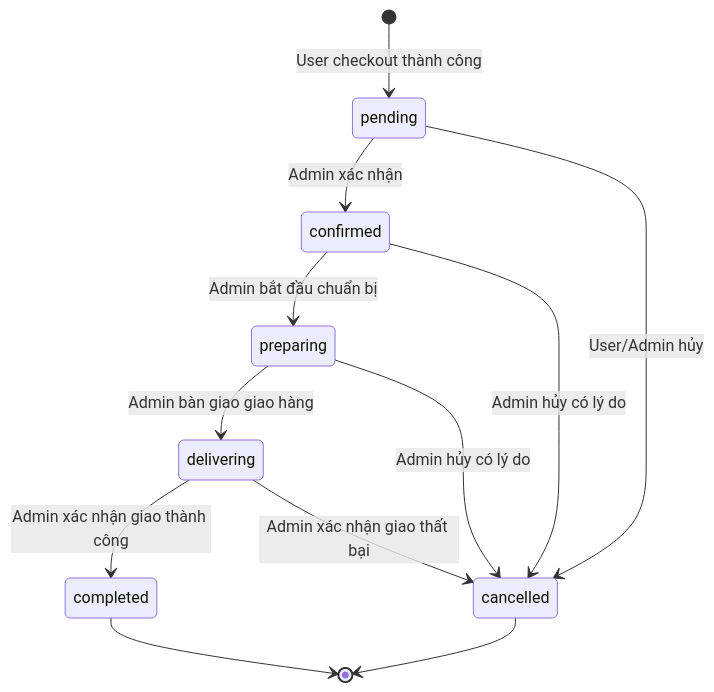
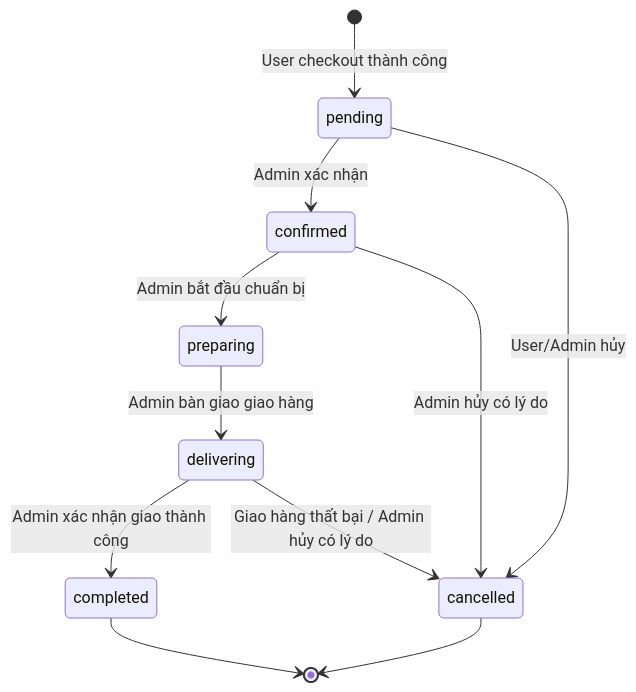
Before and after one commit to TranVanKhoa-503/food-order: the diagram in docs/ORDER_FLOW.md, drawn with Mermaid. The commit also changed other lines of this file and 88 other files, not shown here.

````diff
--- a/docs/ORDER_FLOW.md
+++ b/docs/ORDER_FLOW.md
@@ -22,19 +22,18 @@
 ```mermaid
 stateDiagram-v2
     [*] --> pending: User checkout thành công
 
     pending --> confirmed: Admin xác nhận
     pending --> cancelled: User/Admin hủy
 
     confirmed --> preparing: Admin bắt đầu chuẩn bị
     confirmed --> cancelled: Admin hủy có lý do
 
     preparing --> delivering: Admin bàn giao giao hàng
-    preparing --> cancelled: Admin hủy có lý do
 
     delivering --> completed: Admin xác nhận giao thành công
-    delivering --> cancelled: Admin xác nhận giao thất bại
+    delivering --> cancelled: Giao hàng thất bại / Admin hủy có lý do
 
     completed --> [*]
     cancelled --> [*]
 ```
````
